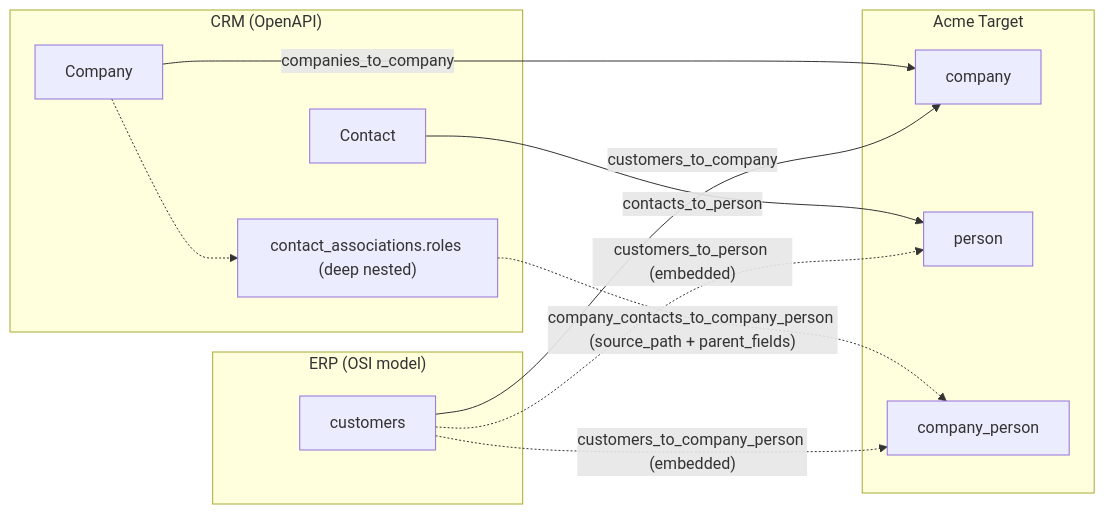
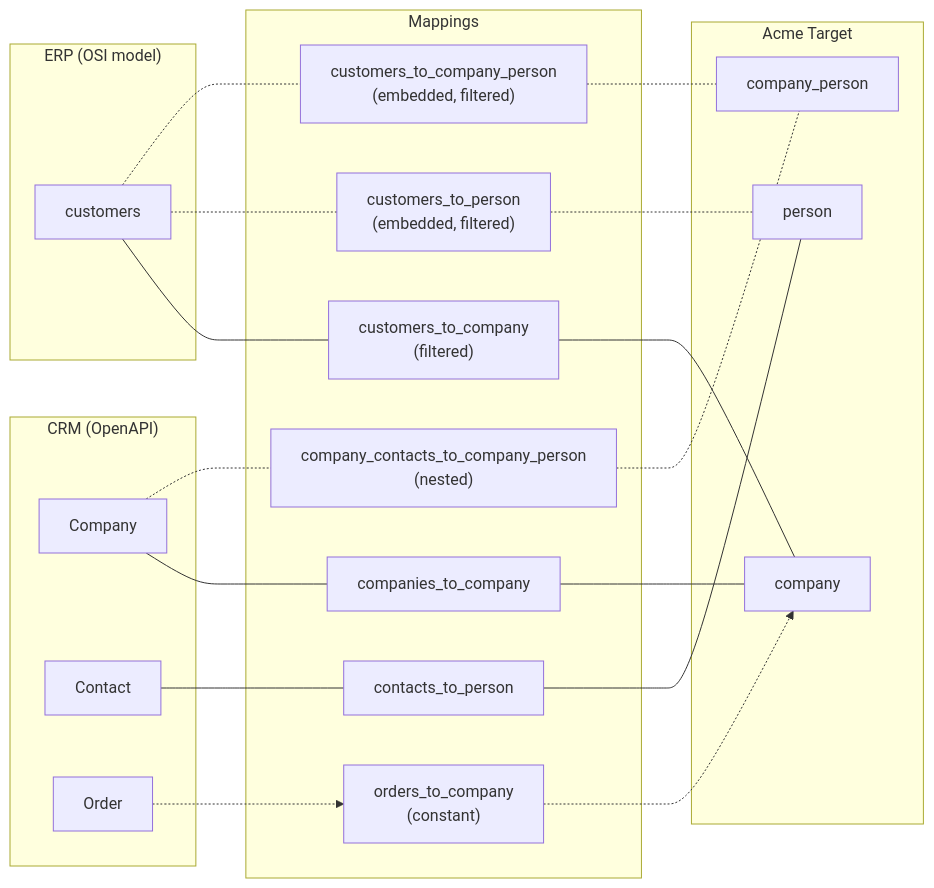
One commit to BaardBouvet/OSI-mapping changed the second of 2 diagrams in example/README.md. Above: the diagram before and after it, drawn with Mermaid. The commit also changed other lines of this file and 2 other files, not shown here.

Commit message:
expand example

````diff
--- a/example/README.md
+++ b/example/README.md
@@ -29,25 +29,49 @@
 ```mermaid
 graph LR
     subgraph CRM["CRM (OpenAPI)"]
         crm_companies[Company]
         crm_contacts[Contact]
-        crm_companies -.-> crm_cc["contact_associations.roles (deep nested)"]
+        crm_orders[Order]
     end
 
     subgraph ERP["ERP (OSI model)"]
         erp_customers[customers]
+    end
+
+    subgraph MAP["Mappings"]
+        m1[companies_to_company]
+        m2[contacts_to_person]
+        m3["company_contacts_to_company_person<br/>(nested)"]
+        m7["orders_to_company<br/>(constant)"]
+        m4["customers_to_company<br/>(filtered)"]
+        m5["customers_to_person<br/>(embedded, filtered)"]
+        m6["customers_to_company_person<br/>(embedded, filtered)"]
     end
 
     subgraph ACME["Acme Target"]
         company[company]
         person[person]
         company_person[company_person]
     end
 
-    crm_companies -->|companies_to_company| company
-    crm_contacts -->|contacts_to_person| person
-    crm_cc -.->|"company_contacts_to_company_person (source_path + parent_fields)"| company_person
-    erp_customers -->|customers_to_company| company
-    erp_customers -.->|"customers_to_person (embedded)"| person
-    erp_customers -.->|"customers_to_company_person (embedded)"| company_person
+    crm_companies --- m1
+    m1 --- company
+
+    crm_contacts --- m2
+    m2 --- person
+
+    crm_companies -.- m3
+    m3 -.- company_person
+
+    crm_orders -.-> m7
+    m7 -.-> company
+
+    erp_customers --- m4
+    m4 --- company
+
+    erp_customers -.- m5
+    m5 -.- person
+
+    erp_customers -.- m6
+    m6 -.- company_person
 ```
````
